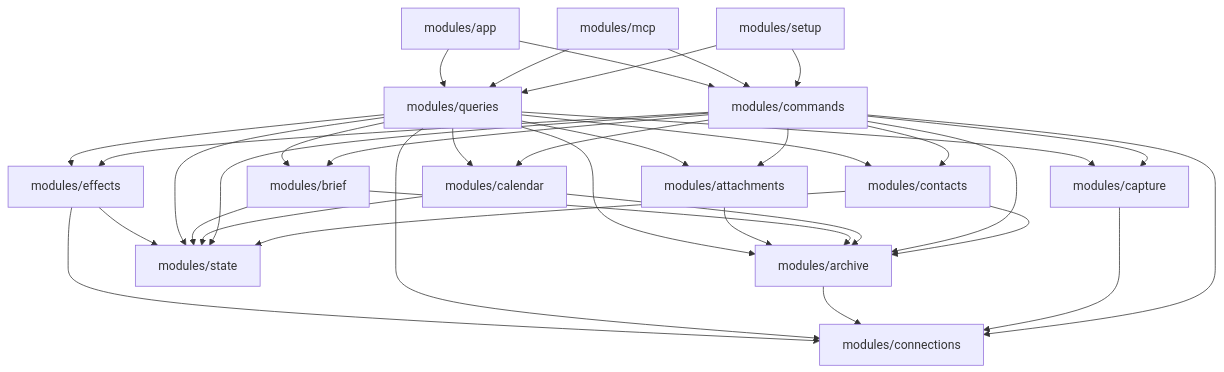
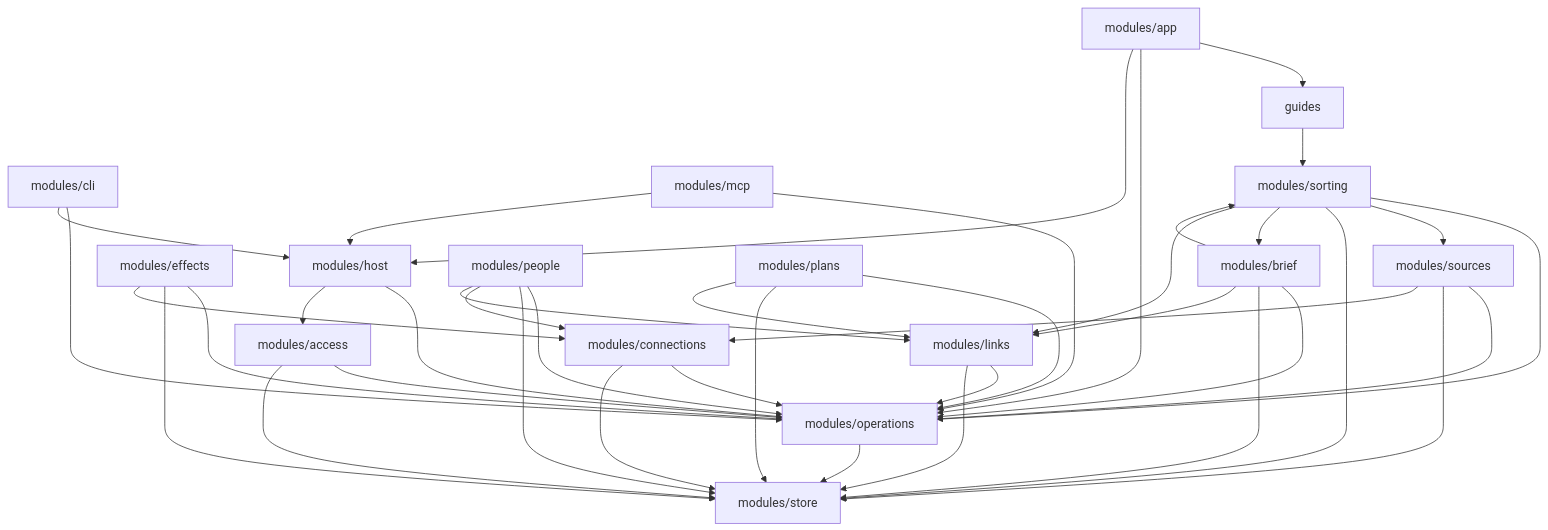
Before and after one commit to diligent-communications/diligent-communications: the diagram in map/README.md, drawn with Mermaid. The commit also changed other lines of this file and 54 other files, not shown here.

````diff
--- a/map/README.md
+++ b/map/README.md
@@ -11,52 +11,58 @@
 ```mermaid
 flowchart TD
-    folder1["modules/app"]
-    folder2["modules/archive"]
-    folder3["modules/attachments"]
+    folder1["guides"]
+    folder2["modules/access"]
+    folder3["modules/app"]
     folder4["modules/brief"]
-    folder5["modules/calendar"]
-    folder6["modules/capture"]
-    folder7["modules/commands"]
-    folder8["modules/connections"]
-    folder9["modules/contacts"]
-    folder10["modules/effects"]
-    folder11["modules/mcp"]
-    folder12["modules/queries"]
-    folder13["modules/setup"]
-    folder14["modules/state"]
-    folder1 --> folder12
-    folder1 --> folder7
-    folder10 --> folder14
+    folder5["modules/cli"]
+    folder6["modules/connections"]
+    folder7["modules/effects"]
+    folder8["modules/host"]
+    folder9["modules/links"]
+    folder10["modules/mcp"]
+    folder11["modules/operations"]
+    folder12["modules/people"]
+    folder13["modules/plans"]
+    folder14["modules/sorting"]
+    folder15["modules/sources"]
+    folder16["modules/store"]
+    folder1 --> folder14
+    folder10 --> folder11
     folder10 --> folder8
-    folder11 --> folder12
-    folder11 --> folder7
-    folder12 --> folder10
-    folder12 --> folder14
-    folder12 --> folder2
-    folder12 --> folder3
-    folder12 --> folder4
-    folder12 --> folder5
+    folder11 --> folder16
+    folder12 --> folder11
+    folder12 --> folder16
     folder12 --> folder6
-    folder12 --> folder8
     folder12 --> folder9
-    folder13 --> folder12
-    folder13 --> folder7
-    folder2 --> folder8
-    folder3 --> folder2
+    folder13 --> folder11
+    folder13 --> folder16
+    folder13 --> folder9
+    folder14 --> folder11
+    folder14 --> folder15
+    folder14 --> folder16
+    folder14 --> folder4
+    folder14 --> folder9
+    folder15 --> folder11
+    folder15 --> folder16
+    folder15 --> folder6
+    folder2 --> folder11
+    folder2 --> folder16
+    folder3 --> folder1
+    folder3 --> folder11
+    folder3 --> folder8
+    folder4 --> folder11
     folder4 --> folder14
-    folder4 --> folder2
-    folder5 --> folder14
-    folder5 --> folder2
-    folder6 --> folder8
-    folder7 --> folder10
-    folder7 --> folder14
-    folder7 --> folder2
-    folder7 --> folder3
-    folder7 --> folder4
-    folder7 --> folder5
+    folder4 --> folder16
+    folder4 --> folder9
+    folder5 --> folder11
+    folder5 --> folder8
+    folder6 --> folder11
+    folder6 --> folder16
+    folder7 --> folder11
+    folder7 --> folder16
     folder7 --> folder6
-    folder7 --> folder8
-    folder7 --> folder9
-    folder9 --> folder14
-    folder9 --> folder2
+    folder8 --> folder11
+    folder8 --> folder2
+    folder9 --> folder11
+    folder9 --> folder16
 ```
````
